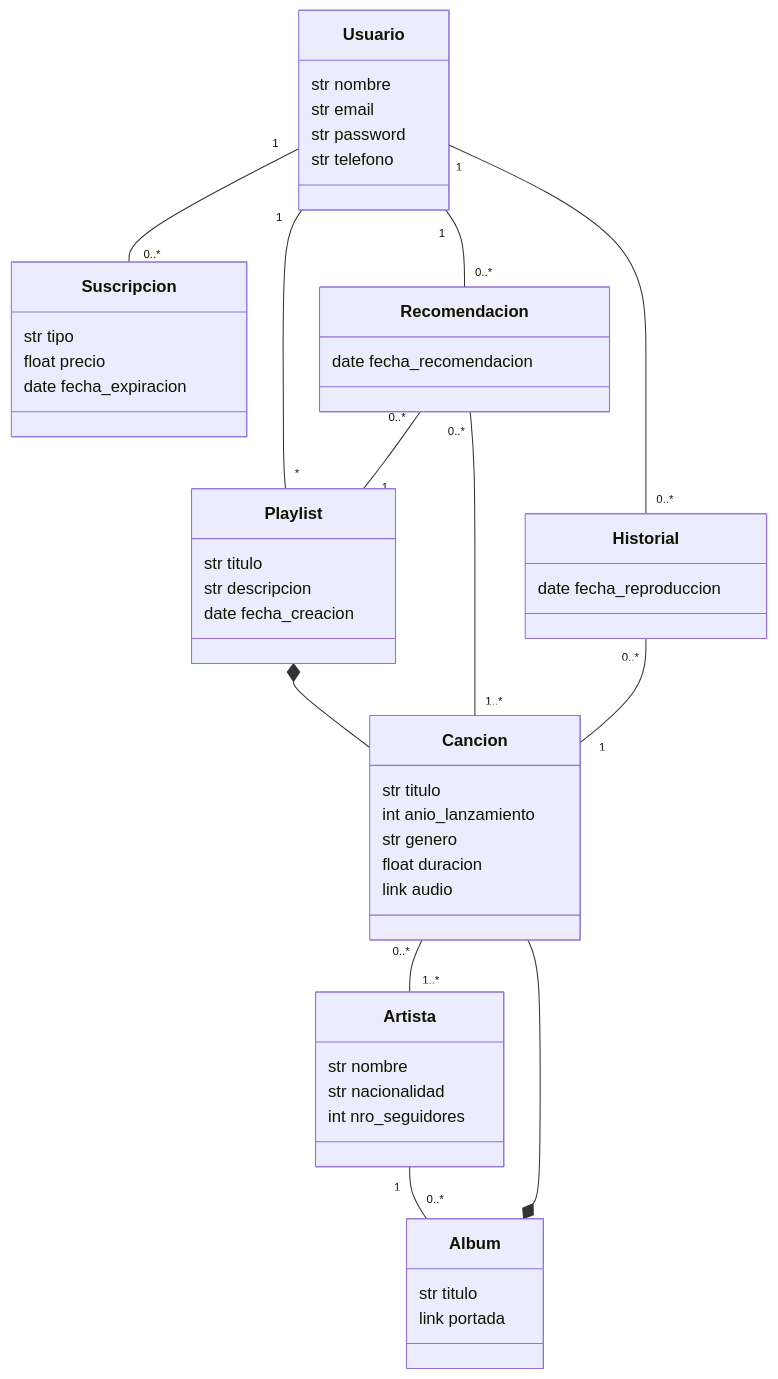
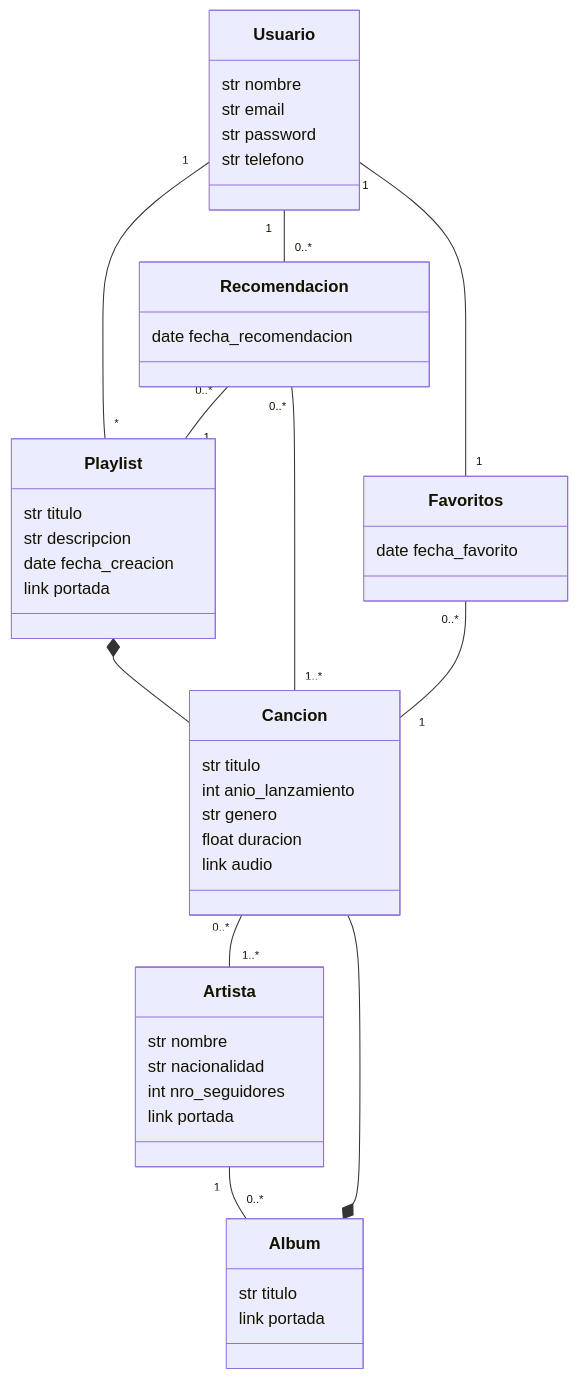
The diagram in proposal.md (utnfrrodsw/tp), drawn with Mermaid before and after one commit. The commit also changed other lines of this file, not shown here.

````diff
--- a/proposal.md
+++ b/proposal.md
@@ -19,36 +19,34 @@
 ```mermaid
 classDiagram
 Usuario "1" -- "*" Playlist: 
 Playlist *-- Cancion
 Cancion "0..*" -- "1..*" Artista
 Artista "1" --  "0..*" Album
 Album *-- Cancion 
-Usuario "1" -- "0..*" Suscripcion
 Usuario "1" -- "0..*" Recomendacion
 Recomendacion "0..*" -- "1..*" Cancion 
 Recomendacion "0..*" -- "1" Playlist 
-Usuario "1" -- "0..*" Historial
-Historial "0..*" -- "1" Cancion
+Usuario "1" -- "1" Favoritos
+Favoritos "0..*" -- "1" Cancion
 Usuario : str nombre
 Usuario : str email
 Usuario : str password
 Usuario : str telefono
 Playlist: str titulo
 Playlist: str descripcion
 Playlist: date fecha_creacion
+Playlist: link portada
 Cancion: str titulo
 Cancion: int anio_lanzamiento
 Cancion: str genero
 Cancion: float duracion
 Cancion: link audio
 Artista: str nombre
 Artista: str nacionalidad
 Artista: int nro_seguidores
+Artista: link portada
 Album: str titulo
 Album: link portada
-Suscripcion: str tipo
-Suscripcion: float precio
-Suscripcion: date fecha_expiracion
 Recomendacion: date fecha_recomendacion
-Historial: date fecha_reproduccion
-```  
+Favoritos: date fecha_favorito
+```   
````
